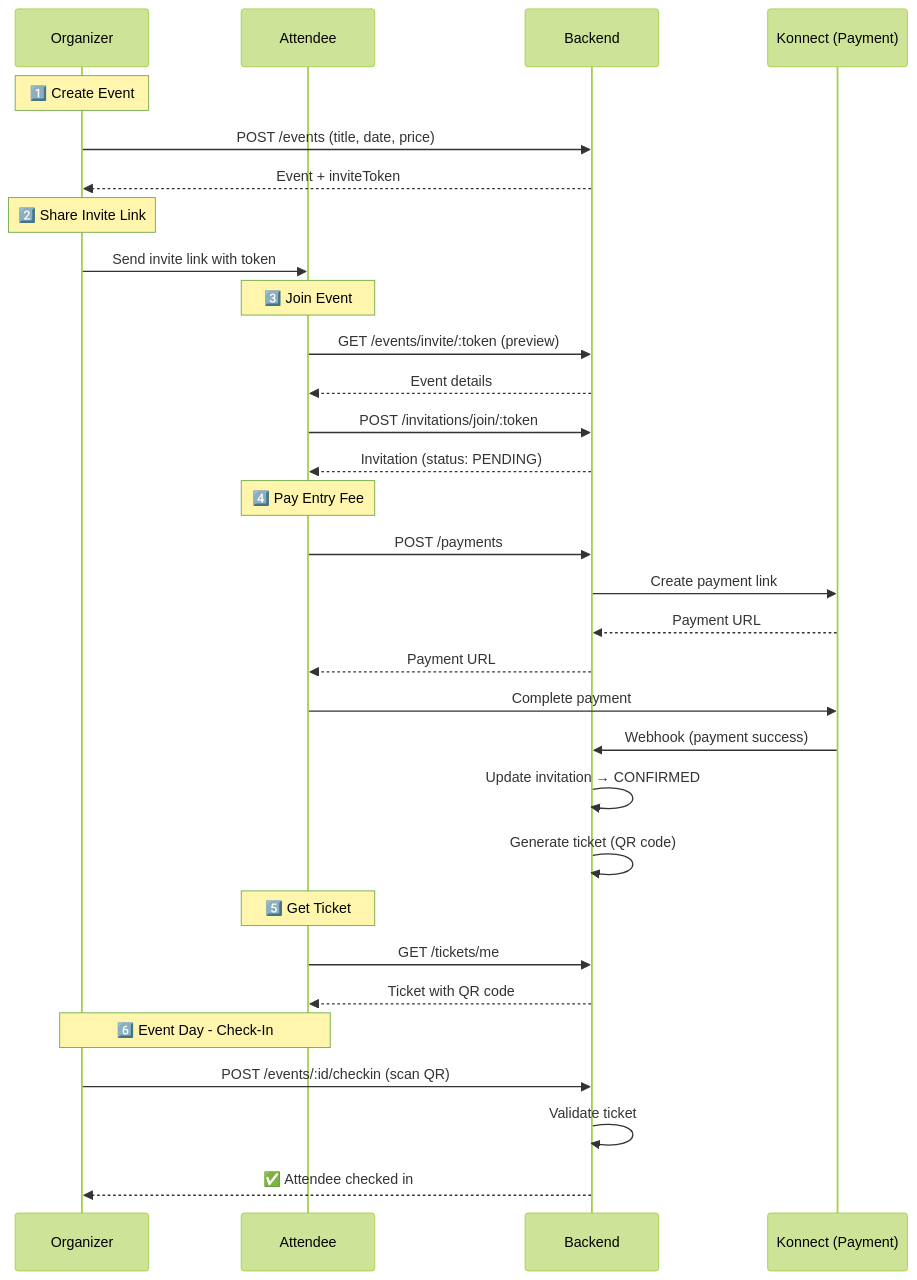
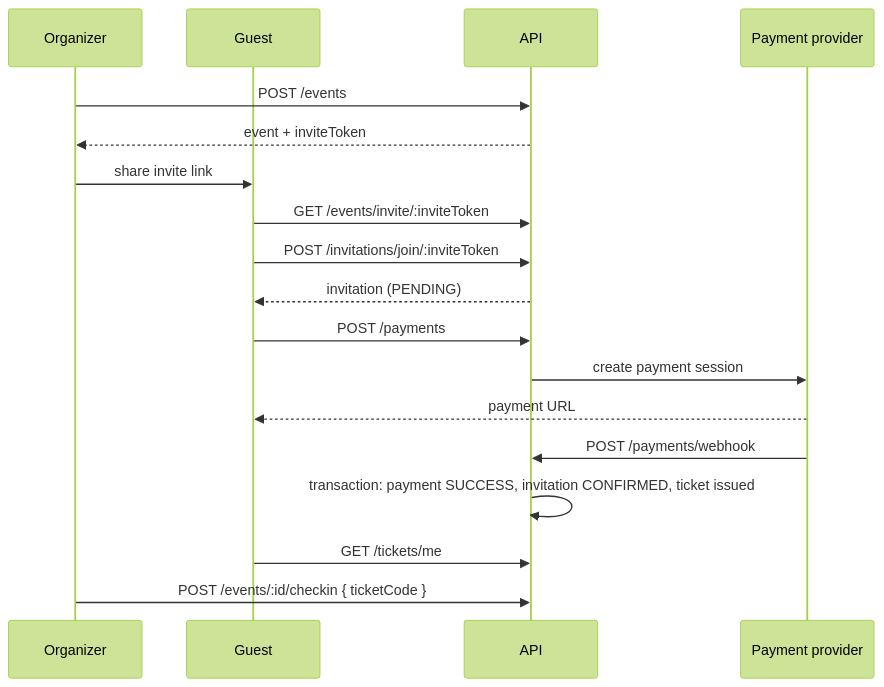
One commit to yassine-krichen/soirly-private-event-ticketing-backend changed the second of 2 diagrams in README.md. Above: the diagram before and after it, drawn with Mermaid (forest theme). The commit also changed other lines of this file and 2 other files, not shown here.

````diff
--- a/README.md
+++ b/README.md
@@ -32,39 +57,20 @@
 ```mermaid
 sequenceDiagram
-    participant O as Organizer
-    participant A as Attendee
-    participant S as Backend
-    participant K as Konnect (Payment)
-
-    Note over O: 1️⃣ Create Event
-    O->>S: POST /events (title, date, price)
-    S-->>O: Event + inviteToken
-
-    Note over O: 2️⃣ Share Invite Link
-    O->>A: Send invite link with token
-
-    Note over A: 3️⃣ Join Event
-    A->>S: GET /events/invite/:token (preview)
-    S-->>A: Event details
-    A->>S: POST /invitations/join/:token
-    S-->>A: Invitation (status: PENDING)
-
-    Note over A: 4️⃣ Pay Entry Fee
-    A->>S: POST /payments
-    S->>K: Create payment link
-    K-->>S: Payment URL
-    S-->>A: Payment URL
-    A->>K: Complete payment
-    K->>S: Webhook (payment success)
-    S->>S: Update invitation → CONFIRMED
-    S->>S: Generate ticket (QR code)
-
-    Note over A: 5️⃣ Get Ticket
-    A->>S: GET /tickets/me
-    S-->>A: Ticket with QR code
-
-    Note over O,A: 6️⃣ Event Day - Check-In
-    O->>S: POST /events/:id/checkin (scan QR)
-    S->>S: Validate ticket
-    S-->>O: ✅ Attendee checked in
+  participant O as Organizer
+  participant G as Guest
+  participant API as API
+  participant K as Payment provider
+  O->>API: POST /events
+  API-->>O: event + inviteToken
+  O->>G: share invite link
+  G->>API: GET /events/invite/:inviteToken
+  G->>API: POST /invitations/join/:inviteToken
+  API-->>G: invitation (PENDING)
+  G->>API: POST /payments
+  API->>K: create payment session
+  K-->>G: payment URL
+  K->>API: POST /payments/webhook
+  API->>API: transaction: payment SUCCESS, invitation CONFIRMED, ticket issued
+  G->>API: GET /tickets/me
+  O->>API: POST /events/:id/checkin { ticketCode }
 ```
````
